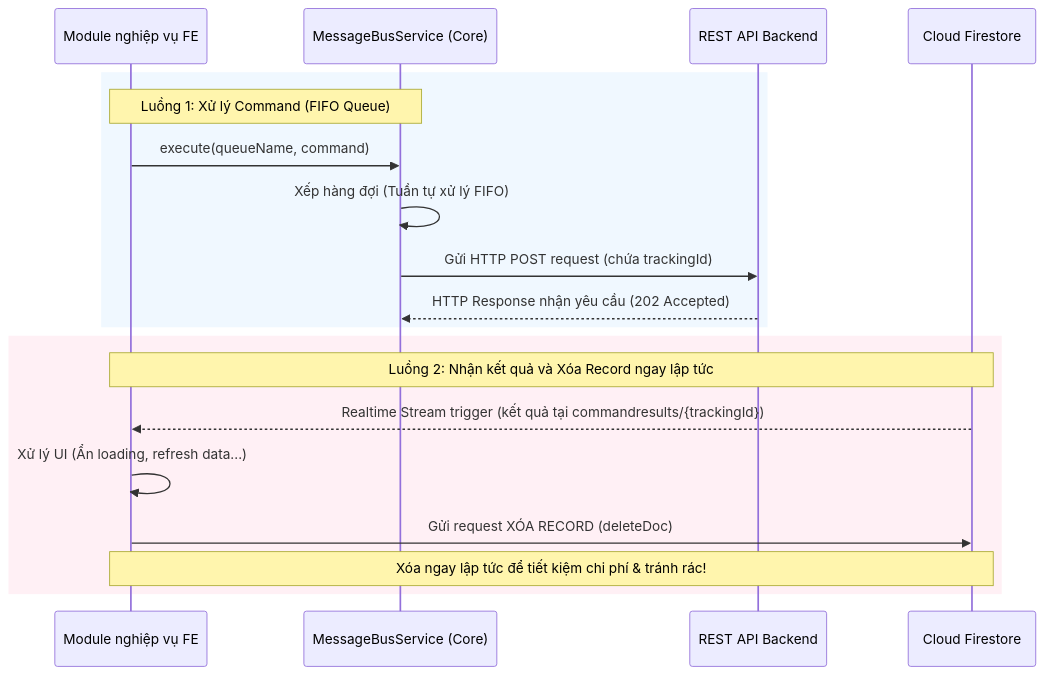
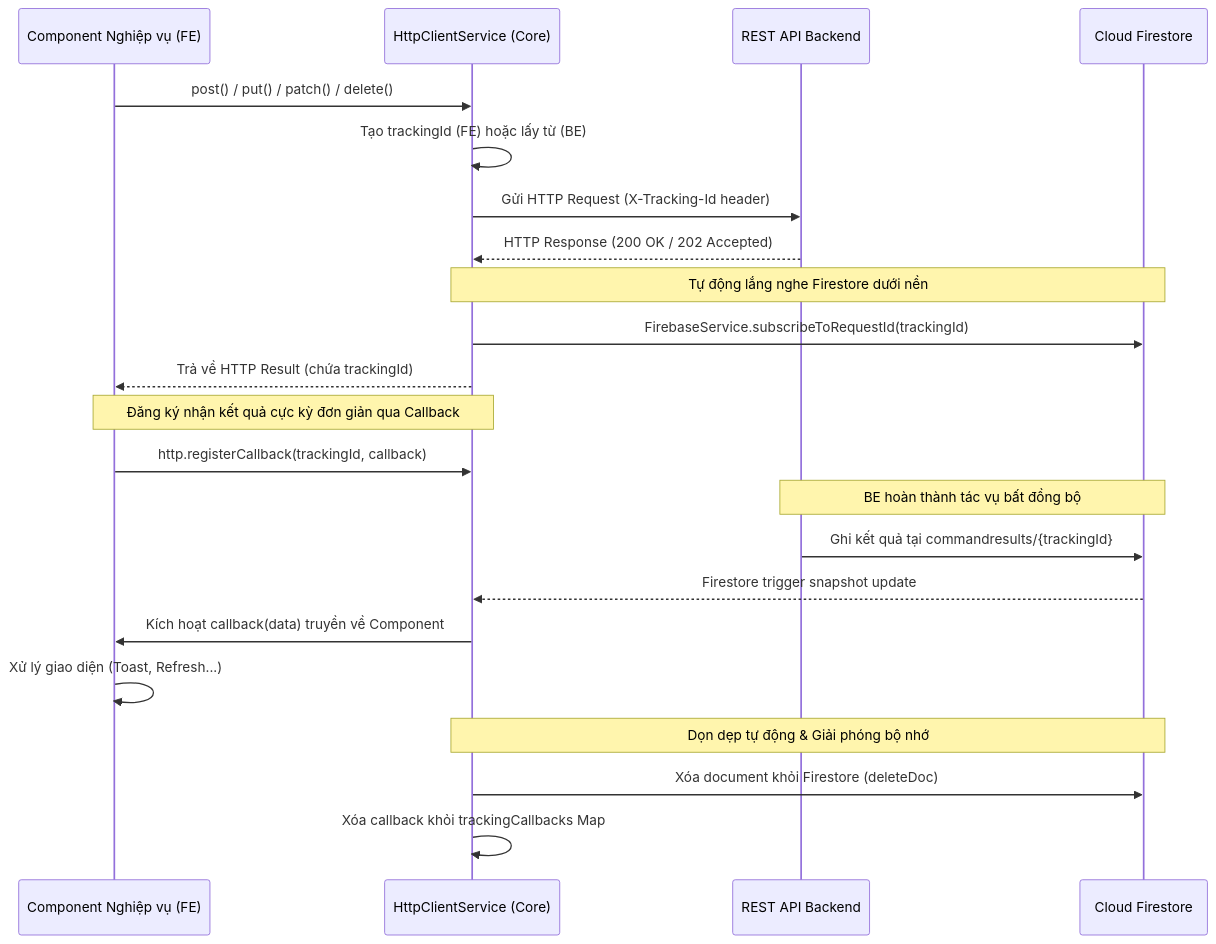
Before and after one commit to badpaybad/a.i-assistant-chatbot-telegram-serverles: the second of 3 diagrams in TreeOfThought/docs/frontend/howtodo.md, drawn with Mermaid. The commit also changed other lines of this file and 75 other files, not shown here.

Commit message:
Không cần dùng tới messagebusServices có thể httpclientservices sẽ đưa callback để xử lý khi có notify về . Tích hợp sẵn vào các hàm post put path delete chứ không để riêng tránh lập trình bị rắc rối và quên. Khi dùng chỉ cần dùng httpclientservices

````diff
--- a/TreeOfThought/docs/frontend/howtodo.md
+++ b/TreeOfThought/docs/frontend/howtodo.md
@@ -121,23 +121,30 @@
 ```mermaid
 sequenceDiagram
-    participant FE as Module nghiệp vụ FE
-    participant MB as MessageBusService (Core)
+    participant FE as Component Nghiệp vụ (FE)
+    participant HC as HttpClientService (Core)
     participant BE as REST API Backend
     participant FS as Cloud Firestore
     
-    rect rgb(240, 248, 255)
-    Note over FE, MB: Luồng 1: Xử lý Command (FIFO Queue)
-    FE->>MB: execute(queueName, command)
-    MB->>MB: Xếp hàng đợi (Tuần tự xử lý FIFO)
-    MB->>BE: Gửi HTTP POST request (chứa trackingId)
-    BE-->>MB: HTTP Response nhận yêu cầu (202 Accepted)
-    end
+    FE->>HC: post() / put() / patch() / delete()
+    HC->>HC: Tạo trackingId (FE) hoặc lấy từ (BE)
+    HC->>BE: Gửi HTTP Request (X-Tracking-Id header)
+    BE-->>HC: HTTP Response (200 OK / 202 Accepted)
     
-    rect rgb(255, 240, 245)
-    Note over FE, FS: Luồng 2: Nhận kết quả và Xóa Record ngay lập tức
-    FS-->>FE: Realtime Stream trigger (kết quả tại commandresults/{trackingId})
-    FE->>FE: Xử lý UI (Ẩn loading, refresh data...)
-    FE->>FS: Gửi request XÓA RECORD (deleteDoc)
-    Note over FE, FS: Xóa ngay lập tức để tiết kiệm chi phí & tránh rác!
-    end
+    Note over HC, FS: Tự động lắng nghe Firestore dưới nền
+    HC->>FS: FirebaseService.subscribeToRequestId(trackingId)
+    HC-->>FE: Trả về HTTP Result (chứa trackingId)
+    
+    Note over FE, HC: Đăng ký nhận kết quả cực kỳ đơn giản qua Callback
+    FE->>HC: http.registerCallback(trackingId, callback)
+    
+    Note over BE, FS: BE hoàn thành tác vụ bất đồng bộ
+    BE->>FS: Ghi kết quả tại commandresults/{trackingId}
+    
+    FS-->>HC: Firestore trigger snapshot update
+    HC->>FE: Kích hoạt callback(data) truyền về Component
+    FE->>FE: Xử lý giao diện (Toast, Refresh...)
+    
+    Note over FS, HC: Dọn dẹp tự động & Giải phóng bộ nhớ
+    HC->>FS: Xóa document khỏi Firestore (deleteDoc)
+    HC->>HC: Xóa callback khỏi trackingCallbacks Map
 ```
````
